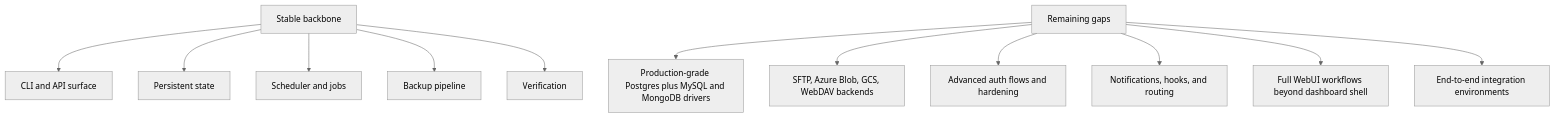
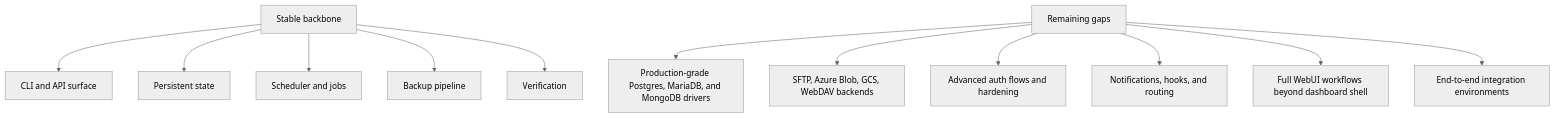
Diagram 17 of 18 in ARCHITECTURE.md (ersinkoc/DatabaseBackup), drawn with Mermaid (neutral theme) before and after one commit. The commit also changed other lines of this file and 4 other files, not shown here.

````diff
--- a/ARCHITECTURE.md
+++ b/ARCHITECTURE.md
@@ -653,18 +653,18 @@
 ```mermaid
 flowchart TD
     Backbone[Stable backbone]
     Gaps[Remaining gaps]
 
     Backbone --> CLI[CLI and API surface]
     Backbone --> State[Persistent state]
     Backbone --> Jobs[Scheduler and jobs]
     Backbone --> Pipeline[Backup pipeline]
     Backbone --> Verify[Verification]
 
-    Gaps --> MoreDrivers[Production-grade Postgres plus MySQL and MongoDB drivers]
+    Gaps --> MoreDrivers[Production-grade Postgres, MariaDB, and MongoDB drivers]
     Gaps --> MoreStorage[SFTP, Azure Blob, GCS, WebDAV backends]
     Gaps --> Auth[Advanced auth flows and hardening]
     Gaps --> Notifications[Notifications, hooks, and routing]
     Gaps --> WebDepth[Full WebUI workflows beyond dashboard shell]
     Gaps --> E2E[End-to-end integration environments]
 ```
````
